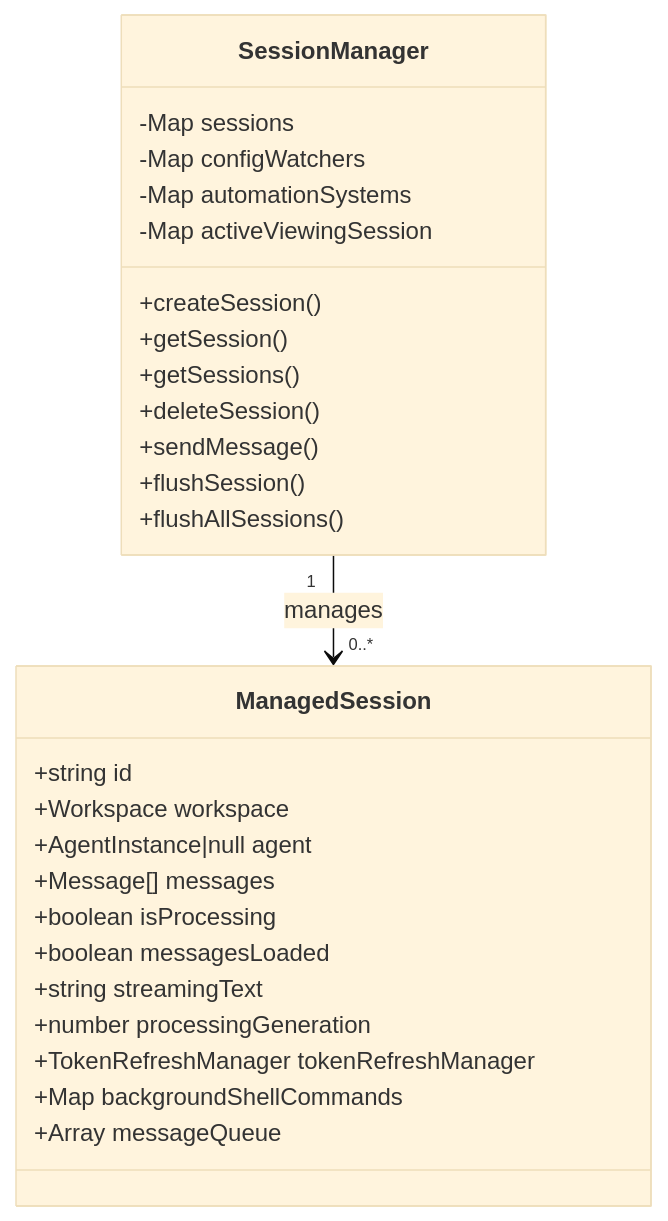
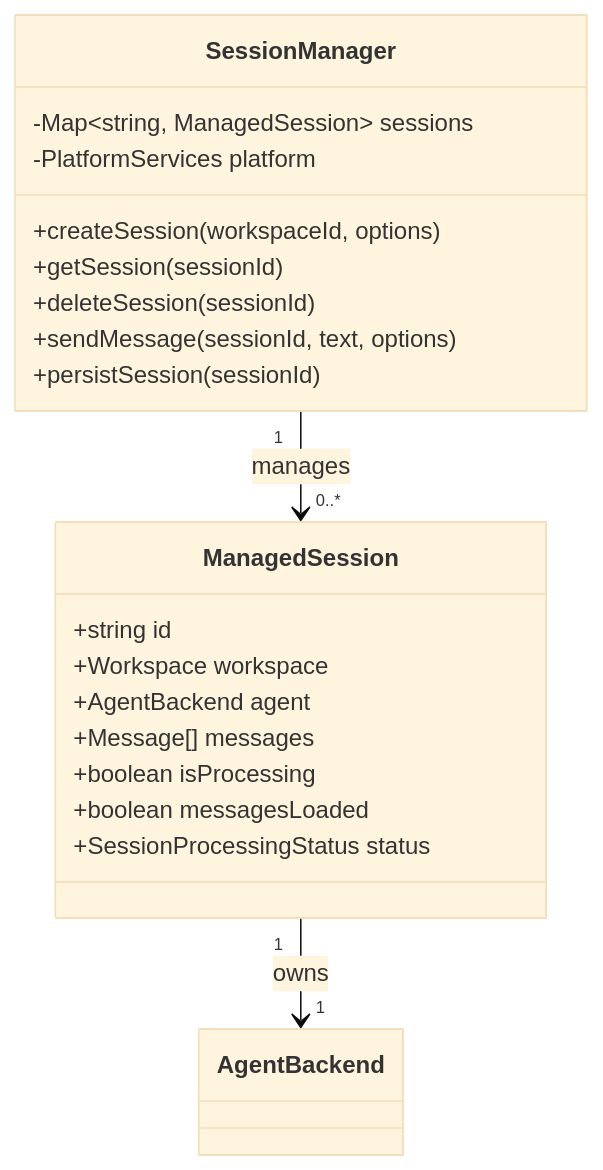
One commit to blackcater/zentree changed the second of 3 diagrams in docs/lukilabs_craft-agents-oss/core-concepts/sessions.md. Above: the diagram before and after it, drawn with Mermaid (base theme). The commit also changed other lines of this file and 232 other files, not shown here.

````diff
--- a/docs/lukilabs_craft-agents-oss/core-concepts/sessions.md
+++ b/docs/lukilabs_craft-agents-oss/core-concepts/sessions.md
@@ -117,30 +109,23 @@
 ```mermaid
 classDiagram
     class ManagedSession {
         +string id
         +Workspace workspace
-        +AgentInstance|null agent
+        +AgentBackend agent
         +Message[] messages
         +boolean isProcessing
         +boolean messagesLoaded
-        +string streamingText
-        +number processingGeneration
-        +TokenRefreshManager tokenRefreshManager
-        +Map backgroundShellCommands
-        +Array messageQueue
+        +SessionProcessingStatus status
     }
     class SessionManager {
-        -Map sessions
-        -Map configWatchers
-        -Map automationSystems
-        -Map activeViewingSession
-        +createSession()
-        +getSession()
-        +getSessions()
-        +deleteSession()
-        +sendMessage()
-        +flushSession()
-        +flushAllSessions()
+        -Map~string, ManagedSession~ sessions
+        -PlatformServices platform
+        +createSession(workspaceId, options)
+        +getSession(sessionId)
+        +deleteSession(sessionId)
+        +sendMessage(sessionId, text, options)
+        +persistSession(sessionId)
     }
     SessionManager "1" --> "0..*" ManagedSession : manages
+    ManagedSession "1" --> "1" AgentBackend : owns
 ```
````
